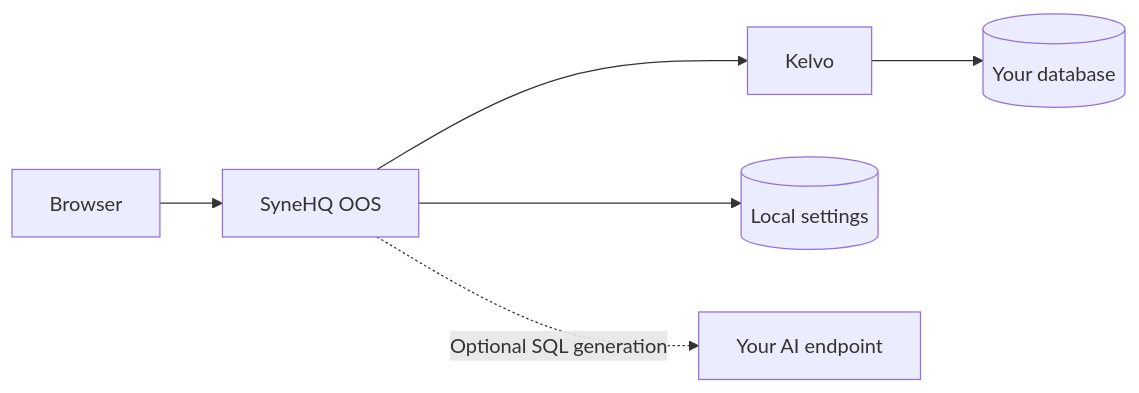
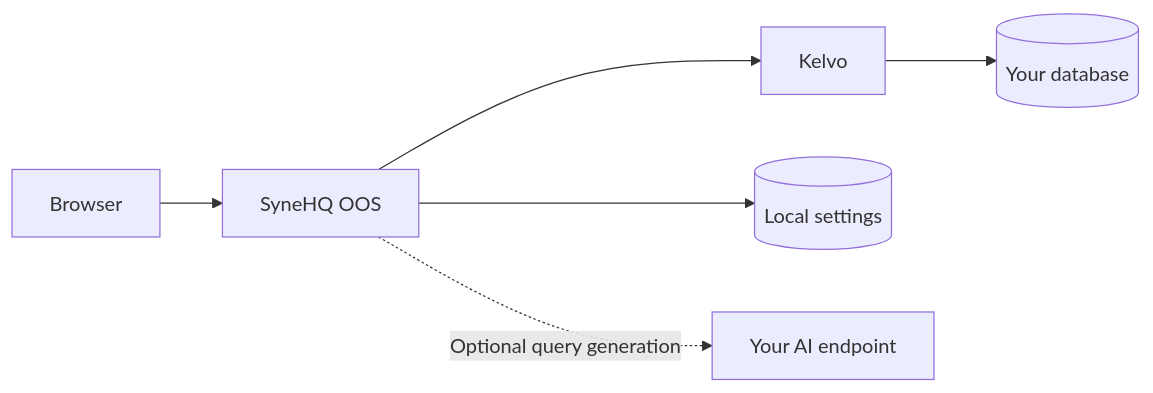
Before and after one commit to SyneHQ/synehq-oos: the diagram in README.md, drawn with Mermaid. The commit also changed other lines of this file and 162 other files, not shown here.

````diff
--- a/README.md
+++ b/README.md
@@ -89,8 +108,8 @@
 ```mermaid
 flowchart LR
   Browser[Browser] --> App[SyneHQ OOS]
   App --> Kelvo[Kelvo]
   Kelvo --> Database[(Your database)]
   App --> Settings[(Local settings)]
-  App -. Optional SQL generation .-> LLM[Your AI endpoint]
+  App -. Optional query generation .-> LLM[Your AI endpoint]
 ```
````
